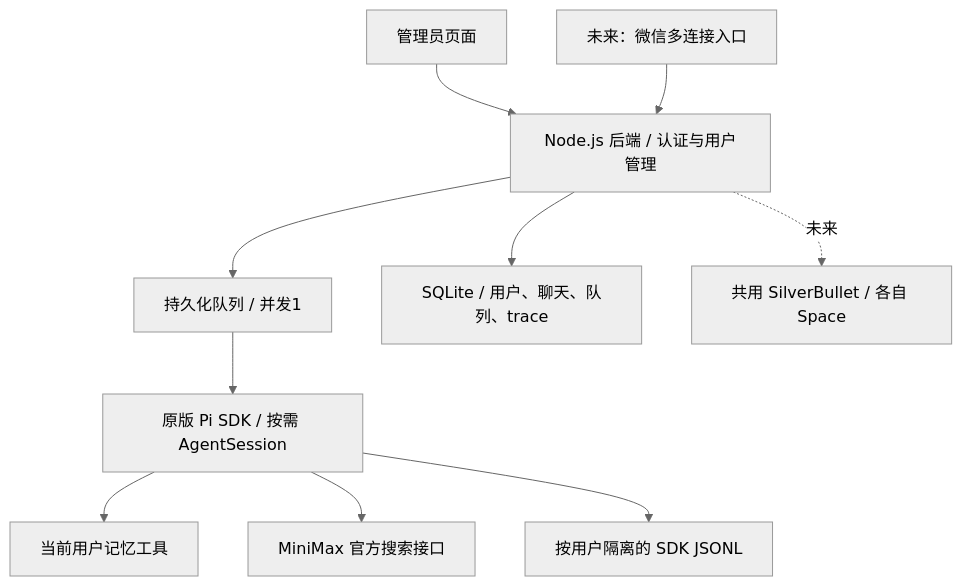
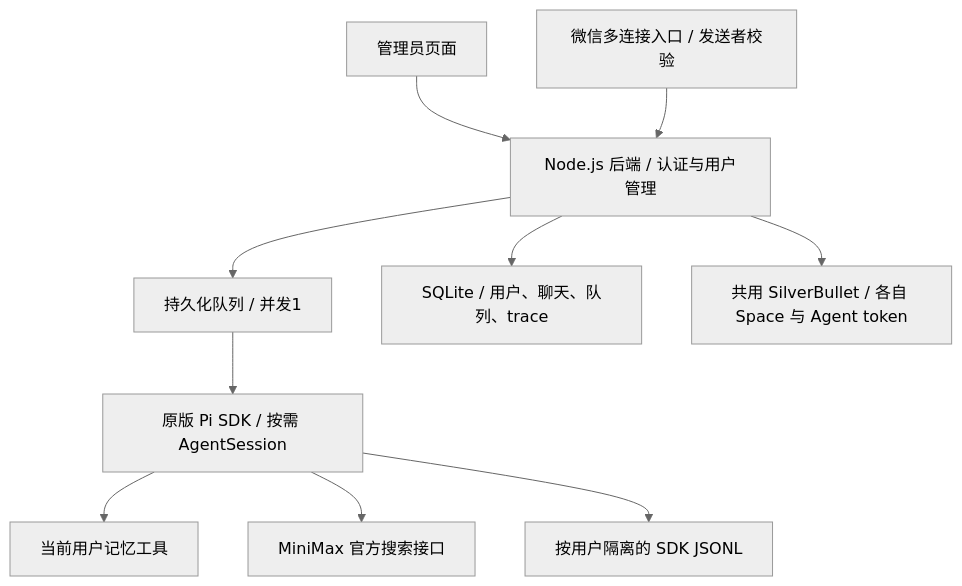
The diagram in README.md (yanzengyun/pi-agent-multi-tenant), drawn with Mermaid (neutral theme) before and after one commit. The commit also changed other lines of this file and 26 other files, not shown here.

Commit message:
Add per-user WeChat onboarding and SilverBullet spaces

````diff
--- a/README.md
+++ b/README.md
@@ -31,12 +36,12 @@
 ```mermaid
 flowchart TD
   Admin[管理员页面] --> API[Node.js 后端 / 认证与用户管理]
-  WeChat[未来：微信多连接入口] --> API
+  WeChat[微信多连接入口 / 发送者校验] --> API
   API --> Queue[持久化队列 / 并发1]
   Queue --> SDK[原版 Pi SDK / 按需 AgentSession]
   SDK --> Memory[当前用户记忆工具]
   SDK --> Search[MiniMax 官方搜索接口]
   API --> DB[SQLite / 用户、聊天、队列、trace]
   SDK --> Sessions[按用户隔离的 SDK JSONL]
-  API -.未来.-> SB[共用 SilverBullet / 各自 Space]
+  API --> SB[共用 SilverBullet / 各自 Space 与 Agent token]
 ```
````
